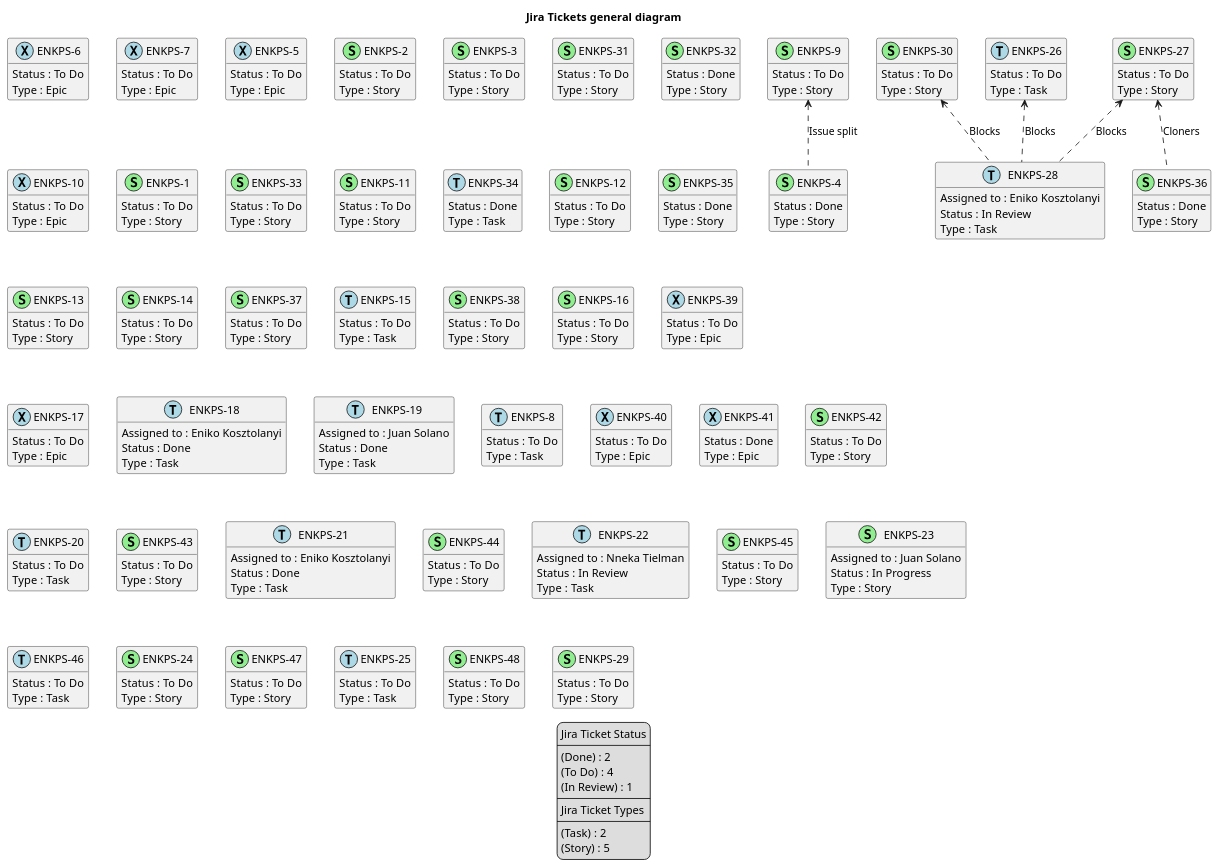
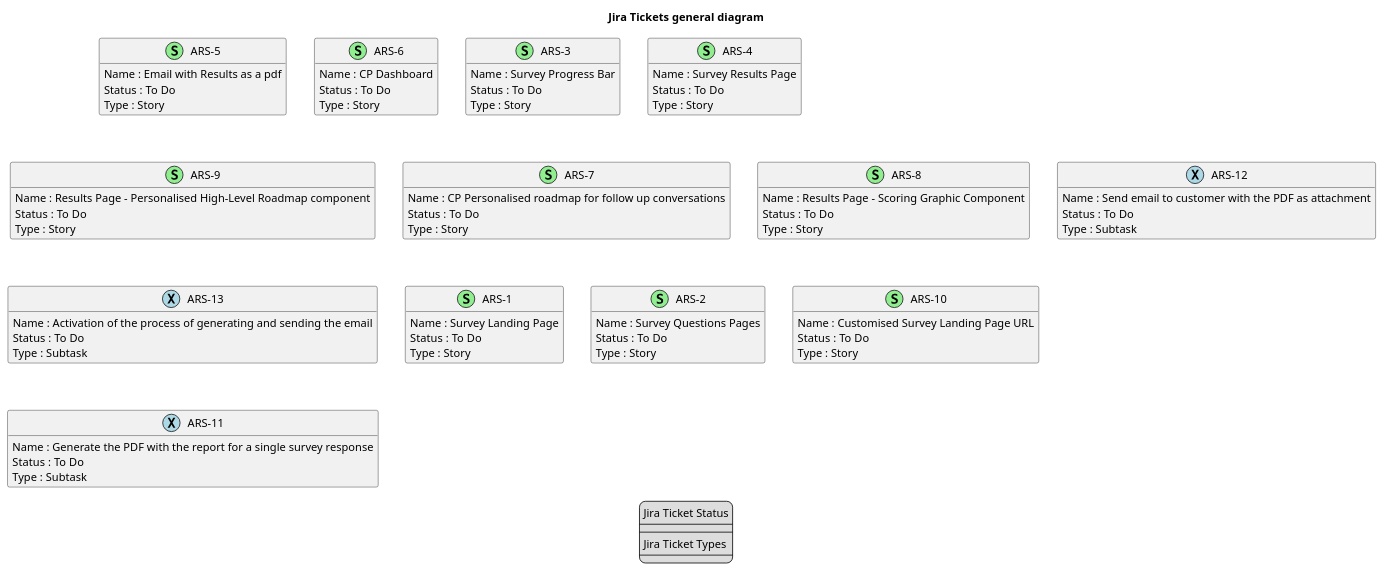
One commit to brunasti/jiraplotter changed the diagram in docs/nexus/jira.puml. Above: the diagram before and after it, drawn with PlantUML. The commit also changed 17 other files, not shown here.

Commit message:
Add Summary to ticket in diagram

```diff
--- a/docs/nexus/jira.puml
+++ b/docs/nexus/jira.puml
@@ -2,7 +2,7 @@
 'https://plantuml.com/class-diagram
 
 ' GENERATE CLASS DIAGRAM ===========
-' Generated at    : Tue Apr 23 13:03:14 CEST 2024
+' Generated at    : Fri May 03 10:06:54 CEST 2024
 
 title Jira Tickets general diagram
 hide empty members
@@ -10,262 +10,89 @@
 legend
 Jira Ticket Status
 ----
-(Done) : 2
-(To Do) : 4
-(In Review) : 1
 ----
 Jira Ticket Types
 ----
-(Task) : 2
-(Story) : 5
 end legend
 
 
 ' Jira Tickets =======
-class "ENKPS-6" << (X,lightblue) >> {
-  Status : To Do
-  Type : Epic
-}
-
-class "ENKPS-7" << (X,lightblue) >> {
-  Status : To Do
-  Type : Epic
-}
-
-class "ENKPS-4" << (S,lightgreen) >> {
-  Status : Done
-  Type : Story
-}
-
-class "ENKPS-5" << (X,lightblue) >> {
-  Status : To Do
-  Type : Epic
-}
-
-class "ENKPS-2" << (S,lightgreen) >> {
+class "ARS-5" << (S,lightgreen) >> {
+  Name : Email with Results as a pdf
   Status : To Do
   Type : Story
 }
 
-class "ENKPS-30" << (S,lightgreen) >> {
+class "ARS-6" << (S,lightgreen) >> {
+  Name : CP Dashboard
   Status : To Do
   Type : Story
 }
 
-class "ENKPS-3" << (S,lightgreen) >> {
+class "ARS-3" << (S,lightgreen) >> {
+  Name : Survey Progress Bar
   Status : To Do
   Type : Story
 }
 
-class "ENKPS-31" << (S,lightgreen) >> {
+class "ARS-4" << (S,lightgreen) >> {
+  Name : Survey Results Page
   Status : To Do
   Type : Story
 }
 
-class "ENKPS-32" << (S,lightgreen) >> {
-  Status : Done
-  Type : Story
-}
-
-class "ENKPS-10" << (X,lightblue) >> {
-  Status : To Do
-  Type : Epic
-}
-
-class "ENKPS-1" << (S,lightgreen) >> {
+class "ARS-9" << (S,lightgreen) >> {
+  Name : Results Page - Personalised High-Level Roadmap component
   Status : To Do
   Type : Story
 }
 
-class "ENKPS-33" << (S,lightgreen) >> {
+class "ARS-7" << (S,lightgreen) >> {
+  Name : CP Personalised roadmap for follow up conversations
   Status : To Do
   Type : Story
 }
 
-class "ENKPS-11" << (S,lightgreen) >> {
+class "ARS-8" << (S,lightgreen) >> {
+  Name : Results Page - Scoring Graphic Component
   Status : To Do
   Type : Story
 }
 
-class "ENKPS-34" << (T,lightblue) >> {
-  Status : Done
-  Type : Task
+class "ARS-12" << (X,lightblue) >> {
+  Name : Send email to customer with the PDF as attachment
+  Status : To Do
+  Type : Subtask
 }
 
-class "ENKPS-12" << (S,lightgreen) >> {
+class "ARS-13" << (X,lightblue) >> {
+  Name : Activation of the process of generating and sending the email
+  Status : To Do
+  Type : Subtask
+}
+
+class "ARS-1" << (S,lightgreen) >> {
+  Name : Survey Landing Page
   Status : To Do
   Type : Story
 }
 
-class "ENKPS-35" << (S,lightgreen) >> {
-  Status : Done
-  Type : Story
-}
-
-class "ENKPS-13" << (S,lightgreen) >> {
+class "ARS-2" << (S,lightgreen) >> {
+  Name : Survey Questions Pages
   Status : To Do
   Type : Story
 }
 
-class "ENKPS-36" << (S,lightgreen) >> {
-  Status : Done
-  Type : Story
-}
-
-class "ENKPS-14" << (S,lightgreen) >> {
+class "ARS-10" << (S,lightgreen) >> {
+  Name : Customised Survey Landing Page URL
   Status : To Do
   Type : Story
 }
 
-class "ENKPS-37" << (S,lightgreen) >> {
+class "ARS-11" << (X,lightblue) >> {
+  Name : Generate the PDF with the report for a single survey response
   Status : To Do
-  Type : Story
-}
-
-class "ENKPS-15" << (T,lightblue) >> {
-  Status : To Do
-  Type : Task
-}
-
-class "ENKPS-38" << (S,lightgreen) >> {
-  Status : To Do
-  Type : Story
-}
-
-class "ENKPS-16" << (S,lightgreen) >> {
-  Status : To Do
-  Type : Story
-}
-
-class "ENKPS-39" << (X,lightblue) >> {
-  Status : To Do
-  Type : Epic
-}
-
-class "ENKPS-17" << (X,lightblue) >> {
-  Status : To Do
-  Type : Epic
-}
-
-class "ENKPS-18" << (T,lightblue) >> {
-  Assigned to : Eniko Kosztolanyi
-  Status : Done
-  Type : Task
-}
-
-class "ENKPS-19" << (T,lightblue) >> {
-  Assigned to : Juan Solano
-  Status : Done
-  Type : Task
-}
-
-class "ENKPS-8" << (T,lightblue) >> {
-  Status : To Do
-  Type : Task
-}
-
-class "ENKPS-9" << (S,lightgreen) >> {
-  Status : To Do
-  Type : Story
-}
-
-class "ENKPS-40" << (X,lightblue) >> {
-  Status : To Do
-  Type : Epic
-}
-
-class "ENKPS-41" << (X,lightblue) >> {
-  Status : Done
-  Type : Epic
-}
-
-class "ENKPS-42" << (S,lightgreen) >> {
-  Status : To Do
-  Type : Story
-}
-
-class "ENKPS-20" << (T,lightblue) >> {
-  Status : To Do
-  Type : Task
-}
-
-class "ENKPS-43" << (S,lightgreen) >> {
-  Status : To Do
-  Type : Story
-}
-
-class "ENKPS-21" << (T,lightblue) >> {
-  Assigned to : Eniko Kosztolanyi
-  Status : Done
-  Type : Task
-}
-
-class "ENKPS-44" << (S,lightgreen) >> {
-  Status : To Do
-  Type : Story
-}
-
-class "ENKPS-22" << (T,lightblue) >> {
-  Assigned to : Nneka Tielman
-  Status : In Review
-  Type : Task
-}
-
-class "ENKPS-45" << (S,lightgreen) >> {
-  Status : To Do
-  Type : Story
-}
-
-class "ENKPS-23" << (S,lightgreen) >> {
-  Assigned to : Juan Solano
-  Status : In Progress
-  Type : Story
-}
-
-class "ENKPS-46" << (T,lightblue) >> {
-  Status : To Do
-  Type : Task
-}
-
-class "ENKPS-24" << (S,lightgreen) >> {
-  Status : To Do
-  Type : Story
-}
-
-class "ENKPS-47" << (S,lightgreen) >> {
-  Status : To Do
-  Type : Story
-}
-
-class "ENKPS-25" << (T,lightblue) >> {
-  Status : To Do
-  Type : Task
-}
-
-class "ENKPS-48" << (S,lightgreen) >> {
-  Status : To Do
-  Type : Story
-}
-
-class "ENKPS-26" << (T,lightblue) >> {
-  Status : To Do
-  Type : Task
-}
-
-class "ENKPS-27" << (S,lightgreen) >> {
-  Status : To Do
-  Type : Story
-}
-
-class "ENKPS-28" << (T,lightblue) >> {
-  Assigned to : Eniko Kosztolanyi
-  Status : In Review
-  Type : Task
-}
-
-class "ENKPS-29" << (S,lightgreen) >> {
-  Status : To Do
-  Type : Story
+  Type : Subtask
 }
 
 
@@ -274,11 +101,6 @@
 
 
 ' Links =======
-"ENKPS-30" <.. "ENKPS-28" : Blocks
-"ENKPS-9" <.. "ENKPS-4" : Issue split
-"ENKPS-26" <.. "ENKPS-28" : Blocks
-"ENKPS-27" <.. "ENKPS-28" : Blocks
-"ENKPS-27" <.. "ENKPS-36" : Cloners
 
 
 @enduml
```
